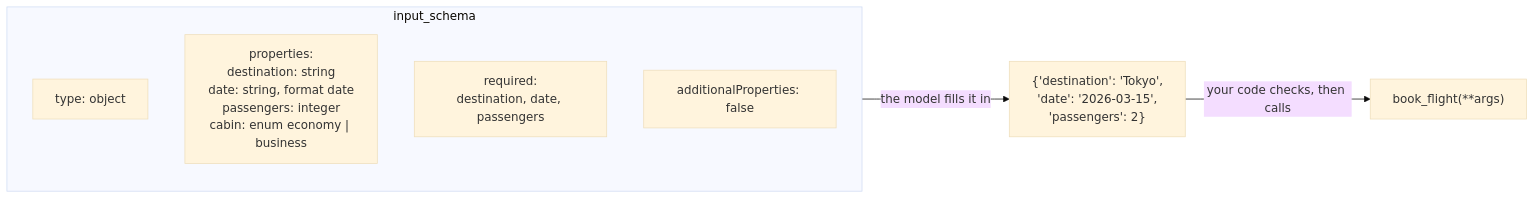
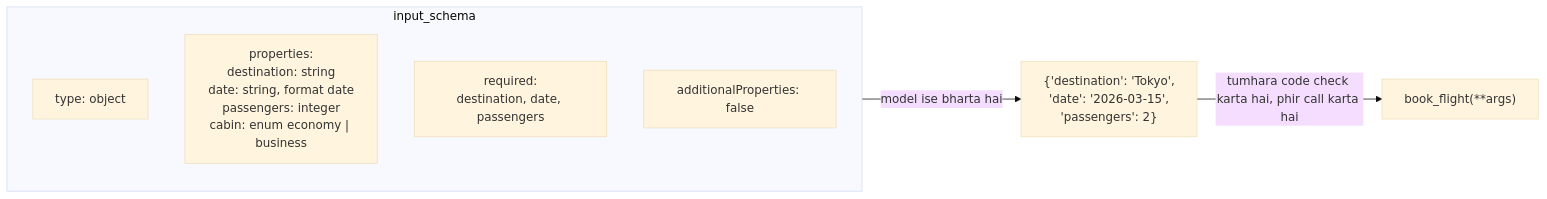
One commit to asmustechno/agentic-ai-notes changed the diagram in docs/03-tools-and-function-calling/03.2-json-schema-for-tools.md. Above: the diagram before and after it, drawn with Mermaid (base theme). The commit also changed other lines of this file and 135 other files, not shown here.

````diff
--- a/docs/03-tools-and-function-calling/03.2-json-schema-for-tools.md
+++ b/docs/03-tools-and-function-calling/03.2-json-schema-for-tools.md
@@ -42,11 +42,11 @@
 ```mermaid
 flowchart LR
     subgraph schema["input_schema"]
         T["type: object"]
         P["properties:<br/>destination: string<br/>date: string, format date<br/>passengers: integer<br/>cabin: enum economy | business"]
         R["required:<br/>destination, date, passengers"]
         A["additionalProperties: false"]
     end
-    schema -->|"the model fills it in"| ARGS["{'destination': 'Tokyo',<br/>'date': '2026-03-15',<br/>'passengers': 2}"]
-    ARGS -->|"your code checks, then calls"| FN["book_flight(**args)"]
+    schema -->|"model ise bharta hai"| ARGS["{'destination': 'Tokyo',<br/>'date': '2026-03-15',<br/>'passengers': 2}"]
+    ARGS -->|"tumhara code check karta hai, phir call karta hai"| FN["book_flight(**args)"]
 ```
````
